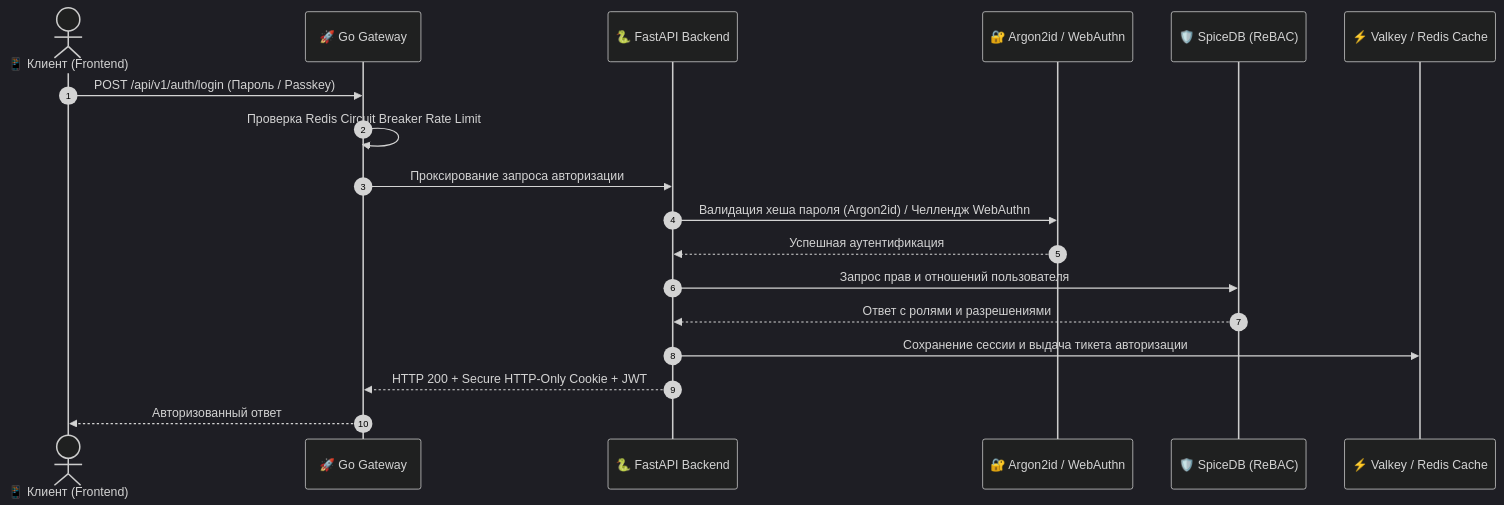
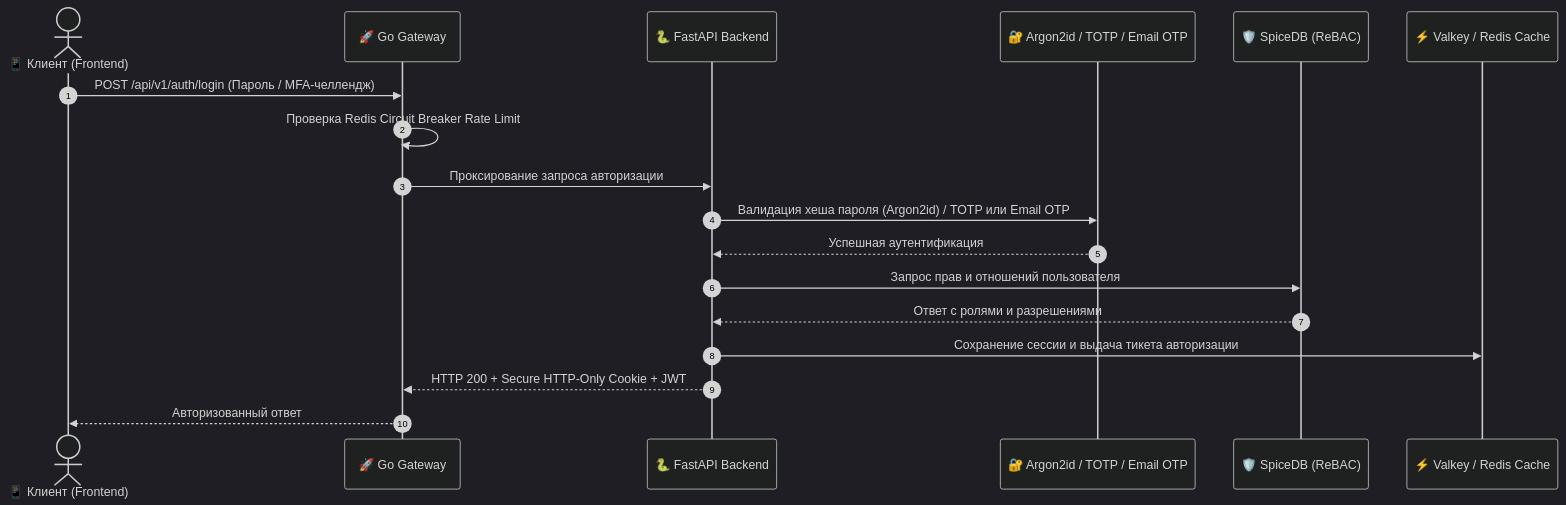
Before and after one commit to egorribun/university_ecosystem: the second of 3 diagrams in README.ru.md, drawn with Mermaid (dark theme). The commit also changed other lines of this file and 1267 other files, not shown here.

````diff
--- a/README.ru.md
+++ b/README.ru.md
@@ -147,21 +147,21 @@
 ```mermaid
 sequenceDiagram
     autonumber
     actor Client as 📱 Клиент (Frontend)
     participant Gateway as 🚀 Go Gateway
     participant Backend as 🐍 FastAPI Backend
-    participant Argon2 as 🔐 Argon2id / WebAuthn
+    participant Argon2 as 🔐 Argon2id / TOTP / Email OTP
     participant SpiceDB as 🛡️ SpiceDB (ReBAC)
     participant Redis as ⚡ Valkey / Redis Cache
 
-    Client->>Gateway: POST /api/v1/auth/login (Пароль / Passkey)
+    Client->>Gateway: POST /api/v1/auth/login (Пароль / MFA-челлендж)
     Gateway->>Gateway: Проверка Redis Circuit Breaker Rate Limit
     Gateway->>Backend: Проксирование запроса авторизации
-    Backend->>Argon2: Валидация хеша пароля (Argon2id) / Челлендж WebAuthn
+    Backend->>Argon2: Валидация хеша пароля (Argon2id) / TOTP или Email OTP
     Argon2-->>Backend: Успешная аутентификация
     Backend->>SpiceDB: Запрос прав и отношений пользователя
     SpiceDB-->>Backend: Ответ с ролями и разрешениями
     Backend->>Redis: Сохранение сессии и выдача тикета авторизации
     Backend-->>Gateway: HTTP 200 + Secure HTTP-Only Cookie + JWT
     Gateway-->>Client: Авторизованный ответ
 ```
````
